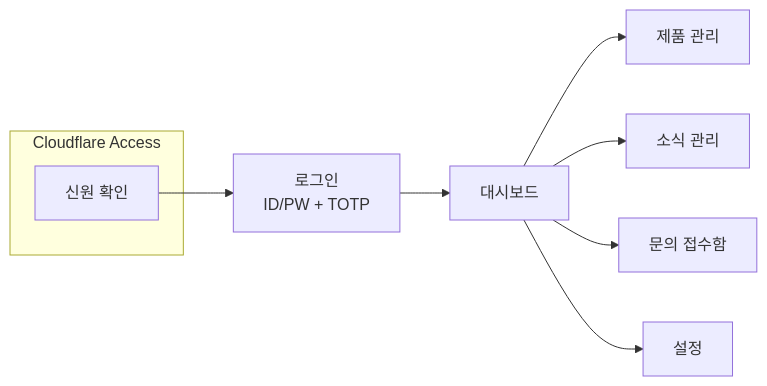
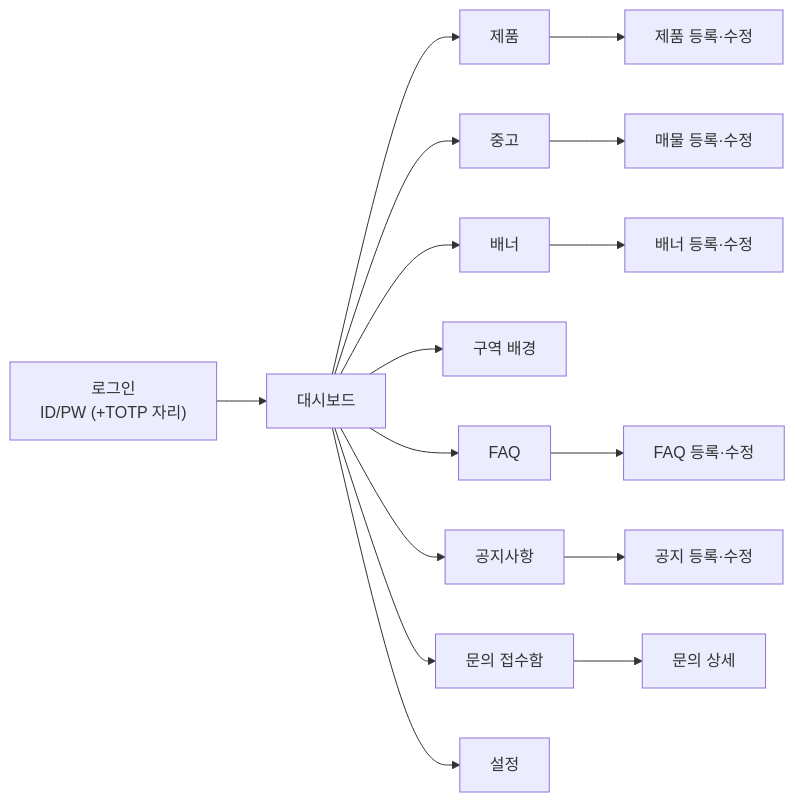
Before and after one commit to gymleco/.github: the third of 3 diagrams in docs/04-screens.md, drawn with Mermaid. The commit also changed other lines of this file, not shown here.

````diff
--- a/docs/04-screens.md
+++ b/docs/04-screens.md
@@ -557,12 +504,12 @@
 ```mermaid
 flowchart LR
-    subgraph gate["Cloudflare Access"]
-        G["신원 확인"]
-    end
-    G --> L["로그인<br/>ID/PW + TOTP"]
-    L --> D["대시보드"]
-    D --> P["제품 관리"]
-    D --> N["소식 관리"]
-    D --> I["문의 접수함"]
-    D --> S["설정"]
+    L["로그인<br/>ID/PW (+TOTP 자리)"] --> D["대시보드"]
+    D --> P["제품"] --> PF["제품 등록·수정"]
+    D --> U["중고"] --> UF["매물 등록·수정"]
+    D --> B["배너"] --> BF["배너 등록·수정"]
+    D --> S["구역 배경"]
+    D --> F["FAQ"] --> FF["FAQ 등록·수정"]
+    D --> N["공지사항"] --> NF["공지 등록·수정"]
+    D --> I["문의 접수함"] --> ID["문의 상세"]
+    D --> ST["설정"]
 ```
````
